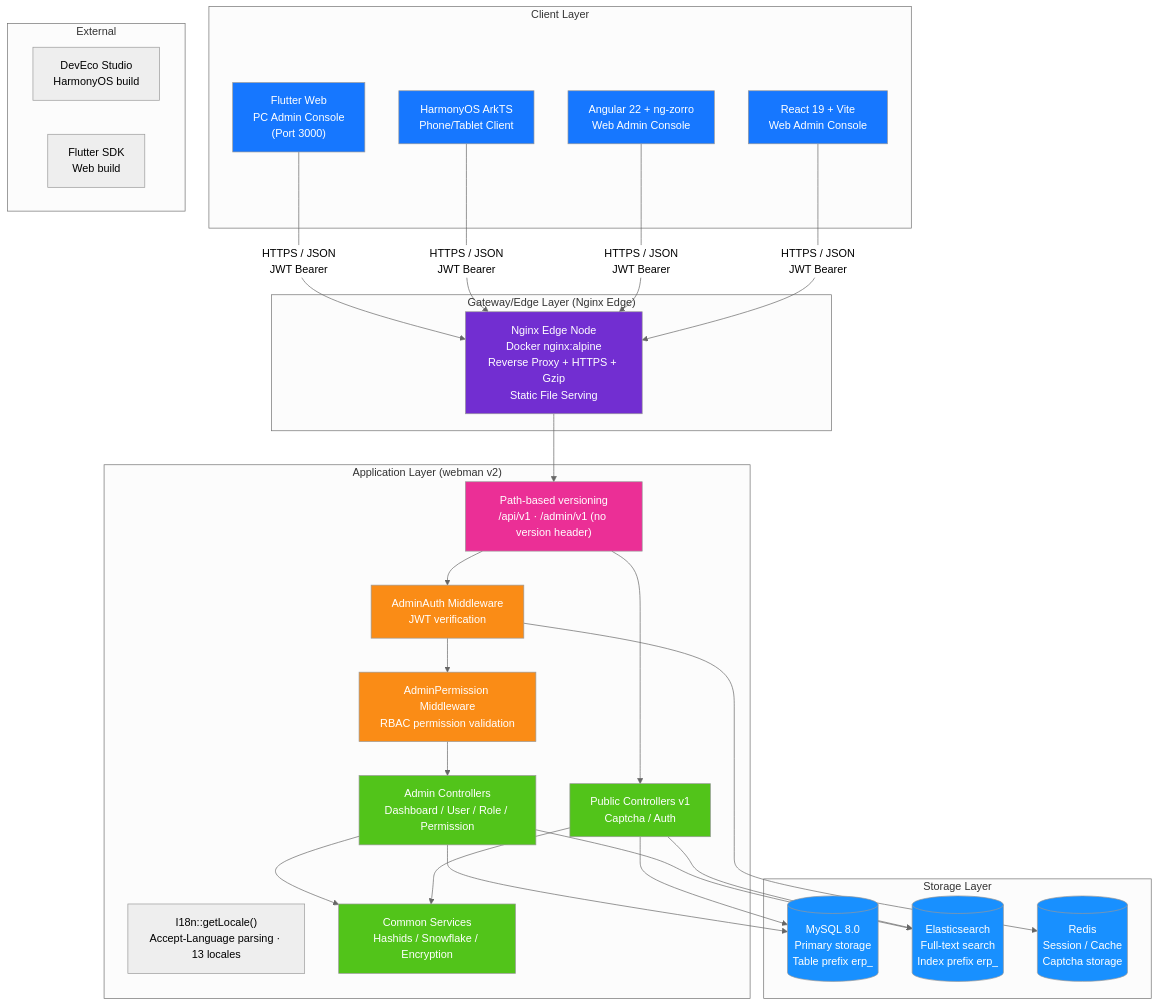
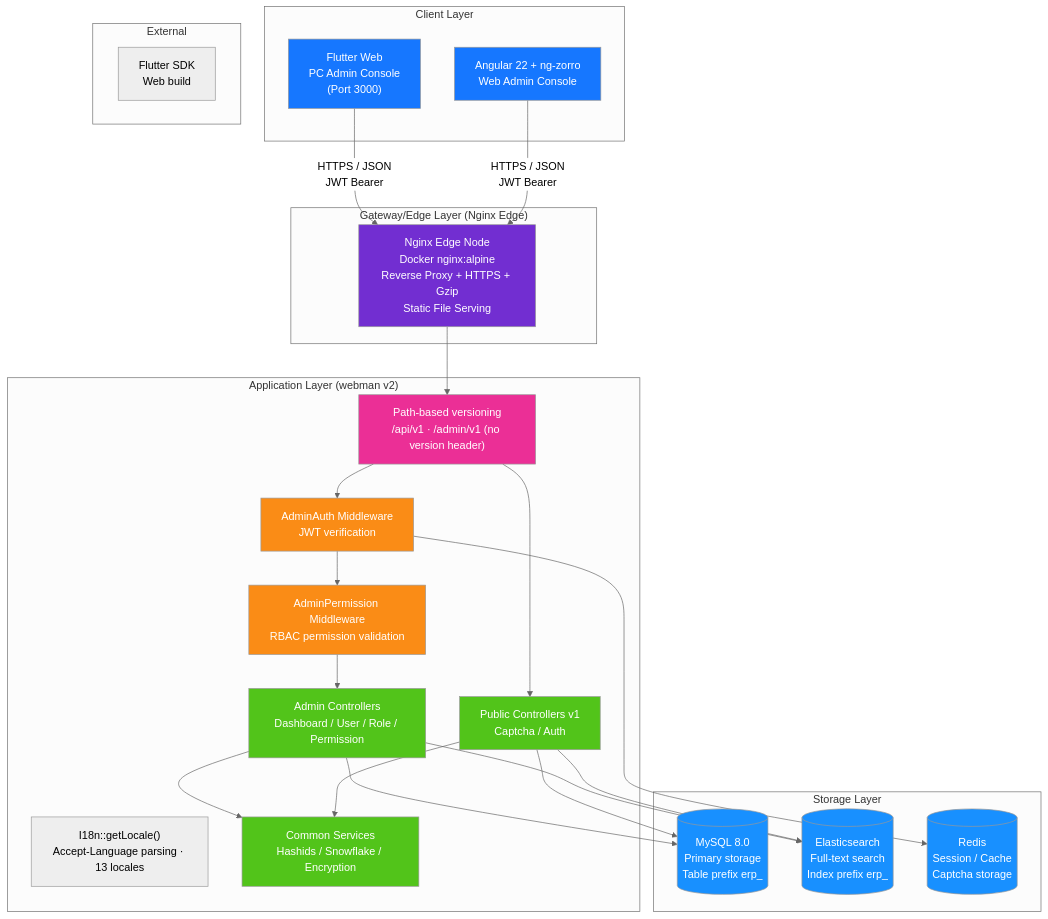
One commit to erikwang2013/erp-php changed the first of 19 diagrams in docs/i18n/en/ARCHITECTURE.md. Above: the diagram before and after it, drawn with Mermaid (neutral theme). The commit also changed other lines of this file and 652 other files, not shown here.

Commit message:
文档：仅保留中英文 README，清理已移除功能与过时图片

````diff
--- a/docs/i18n/en/ARCHITECTURE.md
+++ b/docs/i18n/en/ARCHITECTURE.md
@@ -11,66 +11,59 @@
 ```mermaid
 flowchart TB
     subgraph "Client Layer"
         A1["Flutter Web<br/>PC Admin Console<br/>(Port 3000)"]
-        A2["HarmonyOS ArkTS<br/>Phone/Tablet Client"]
         A3["Angular 22 + ng-zorro<br/>Web Admin Console"]
-        A4["React 19 + Vite<br/>Web Admin Console"]
     end
 
     subgraph "Gateway/Edge Layer (Nginx Edge)"
         B1["Nginx Edge Node<br/>Docker nginx:alpine<br/>Reverse Proxy + HTTPS + Gzip<br/>Static File Serving"]
     end
 
     subgraph "Application Layer (webman v2)"
         C_LOC["I18n::getLocale()<br/>Accept-Language parsing · 13 locales"]
         C0["Path-based versioning<br/>/api/v1 · /admin/v1 (no version header)"]
         C1["AdminAuth Middleware<br/>JWT verification"]
         C2["AdminPermission Middleware<br/>RBAC permission validation"]
         C3["Admin Controllers<br/>Dashboard / User / Role / Permission"]
         C4["Public Controllers v1<br/>Captcha / Auth"]
         C5["Common Services<br/>Hashids / Snowflake / Encryption"]
     end
 
     subgraph "Storage Layer"
         D1[("MySQL 8.0<br/>Primary storage<br/>Table prefix erp_")]
         D2[("Elasticsearch<br/>Full-text search<br/>Index prefix erp_")]
         D3[("Redis<br/>Session / Cache<br/>Captcha storage")]
     end
 
     subgraph "External"
-        E1["DevEco Studio<br/>HarmonyOS build"]
         E2["Flutter SDK<br/>Web build"]
     end
 
     A1 -->|"HTTPS / JSON<br/>JWT Bearer"| B1
-    A2 -->|"HTTPS / JSON<br/>JWT Bearer"| B1
     A3 -->|"HTTPS / JSON<br/>JWT Bearer"| B1
-    A4 -->|"HTTPS / JSON<br/>JWT Bearer"| B1
     B1 --> C0
     C0 --> C1
     C1 --> C2
     C2 --> C3
     C0 --> C4
     C3 --> C5
     C4 --> C5
     C3 --> D1
     C4 --> D1
     C3 --> D2
     C4 --> D2
     C1 --> D3
 
     style A1 fill:#1677FF,color:#fff
-    style A2 fill:#1677FF,color:#fff
     style A3 fill:#1677FF,color:#fff
-    style A4 fill:#1677FF,color:#fff
     style B1 fill:#722ED1,color:#fff
     style C0 fill:#EB2F96,color:#fff
     style C1 fill:#FA8C16,color:#fff
     style C2 fill:#FA8C16,color:#fff
     style C3 fill:#52C41A,color:#fff
     style C4 fill:#52C41A,color:#fff
     style C5 fill:#52C41A,color:#fff
     style D1 fill:#1890FF,color:#fff
     style D2 fill:#1890FF,color:#fff
     style D3 fill:#1890FF,color:#fff
 ```
````
